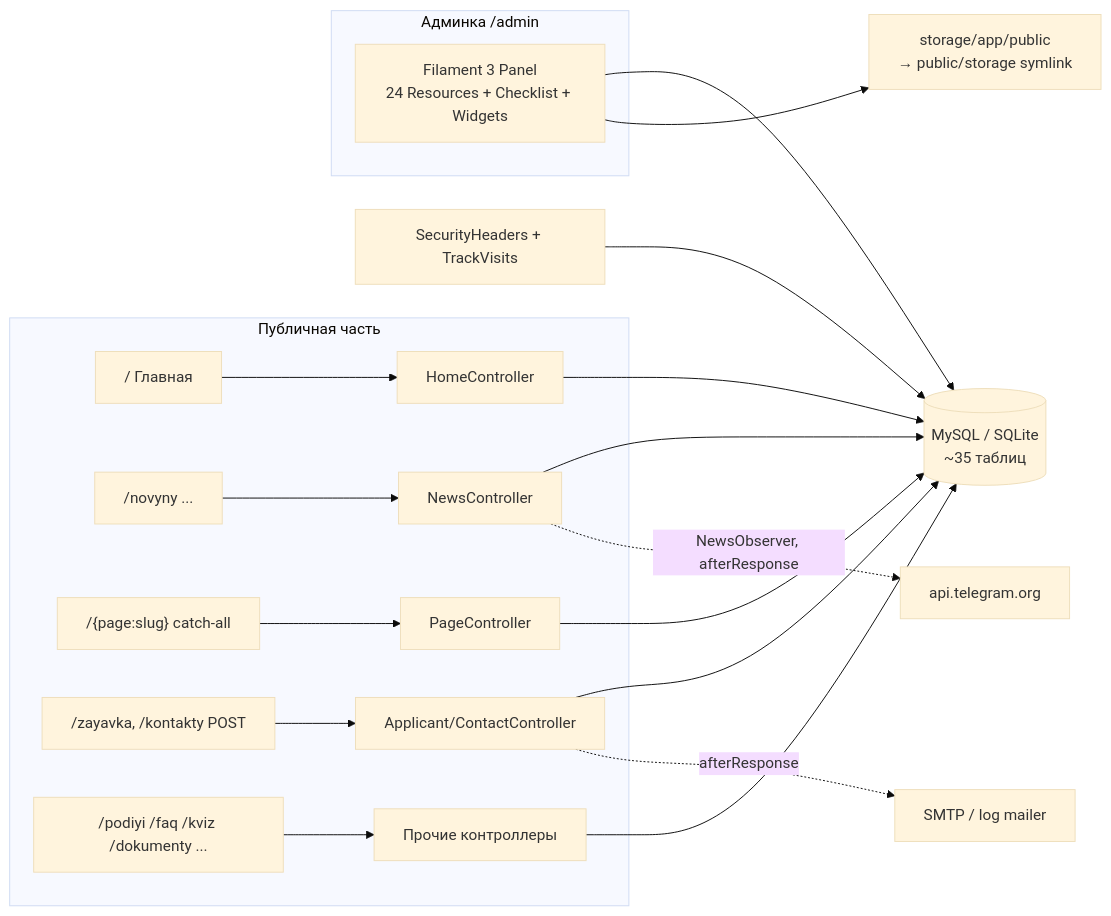
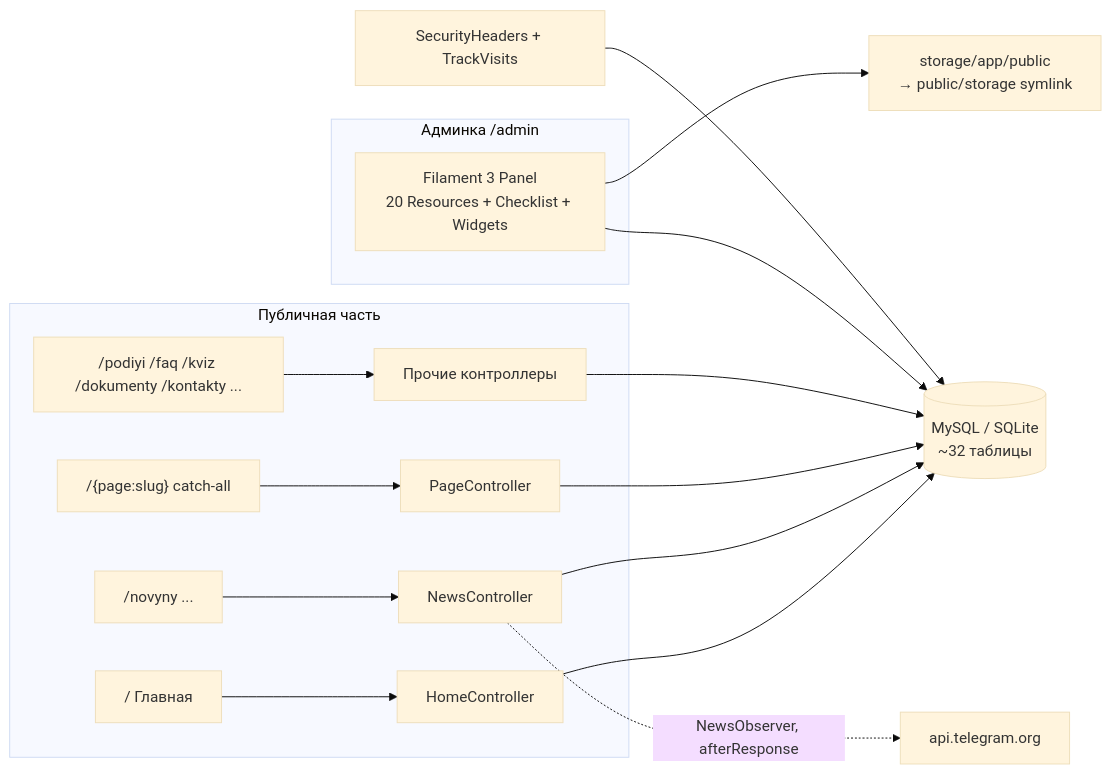
The diagram in ARCHITECTURE.md (gotthejuicee/otfk), drawn with Mermaid (base theme) before and after one commit. The commit also changed other lines of this file and 66 other files, not shown here.

First line of the commit message:
Remove applicant/feedback flows and testimonials

````diff
--- a/ARCHITECTURE.md
+++ b/ARCHITECTURE.md
@@ -44,20 +45,17 @@
 ```mermaid
 flowchart LR
   subgraph Public["Публичная часть"]
     Home["/ Главная"] --> HomeC[HomeController]
     NewsP["/novyny ..."] --> NewsC[NewsController]
     Pages["/{page:slug} catch-all"] --> PageC[PageController]
-    Forms["/zayavka, /kontakty POST"] --> FormC[Applicant/ContactController]
-    Misc["/podiyi /faq /kviz /dokumenty ..."] --> MiscC[Прочие контроллеры]
+    Misc["/podiyi /faq /kviz /dokumenty /kontakty ..."] --> MiscC[Прочие контроллеры]
   end
   subgraph Admin["Админка /admin"]
-    Filament[Filament 3 Panel<br/>24 Resources + Checklist + Widgets]
+    Filament[Filament 3 Panel<br/>20 Resources + Checklist + Widgets]
   end
-  HomeC & NewsC & PageC & MiscC --> DB[(MySQL / SQLite<br/>~35 таблиц)]
-  FormC --> DB
-  FormC -. afterResponse .-> Mail[SMTP / log mailer]
+  HomeC & NewsC & PageC & MiscC --> DB[(MySQL / SQLite<br/>~32 таблицы)]
   Filament --> DB
   Filament --> Storage[storage/app/public<br/>→ public/storage symlink]
   NewsC -. NewsObserver, afterResponse .-> TG[api.telegram.org]
   MW[SecurityHeaders + TrackVisits] --> DB
 ```
````
